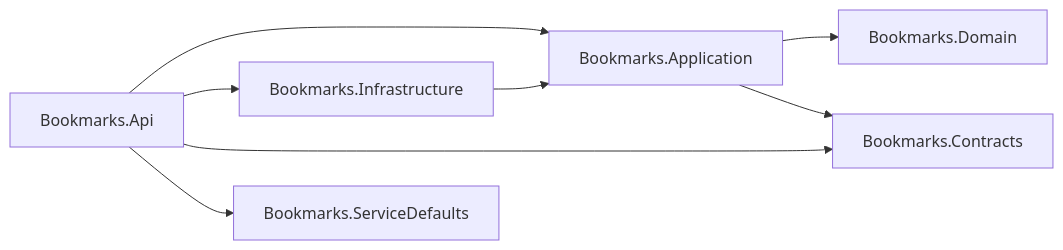
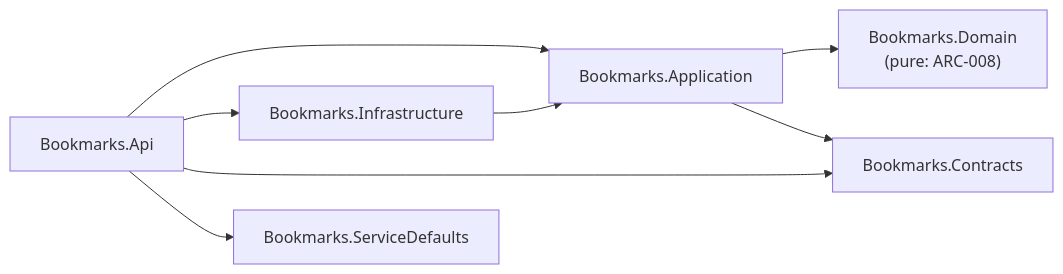
Before and after one commit to DerekFoulk/dotnet-agent-kit: the second of 2 diagrams in docs/architecture/modules.md, drawn with Mermaid. The commit also changed 11 other files, not shown here.

Commit message:
docs: ADR-0078 marks pure assemblies with PureAssembly; ARC-008 names the pure ban list, which closes GAP-039

````diff
--- a/docs/architecture/modules.md
+++ b/docs/architecture/modules.md
@@ -37,10 +37,10 @@
 ```mermaid
 flowchart LR
     Api["Bookmarks.Api"] --> Application["Bookmarks.Application"]
     Api --> Infrastructure["Bookmarks.Infrastructure"]
     Api --> Contracts["Bookmarks.Contracts"]
     Api --> ServiceDefaults["Bookmarks.ServiceDefaults"]
     Infrastructure --> Application
-    Application --> Domain["Bookmarks.Domain"]
+    Application --> Domain["Bookmarks.Domain<br/>(pure: ARC-008)"]
     Application --> Contracts
 ```
````
